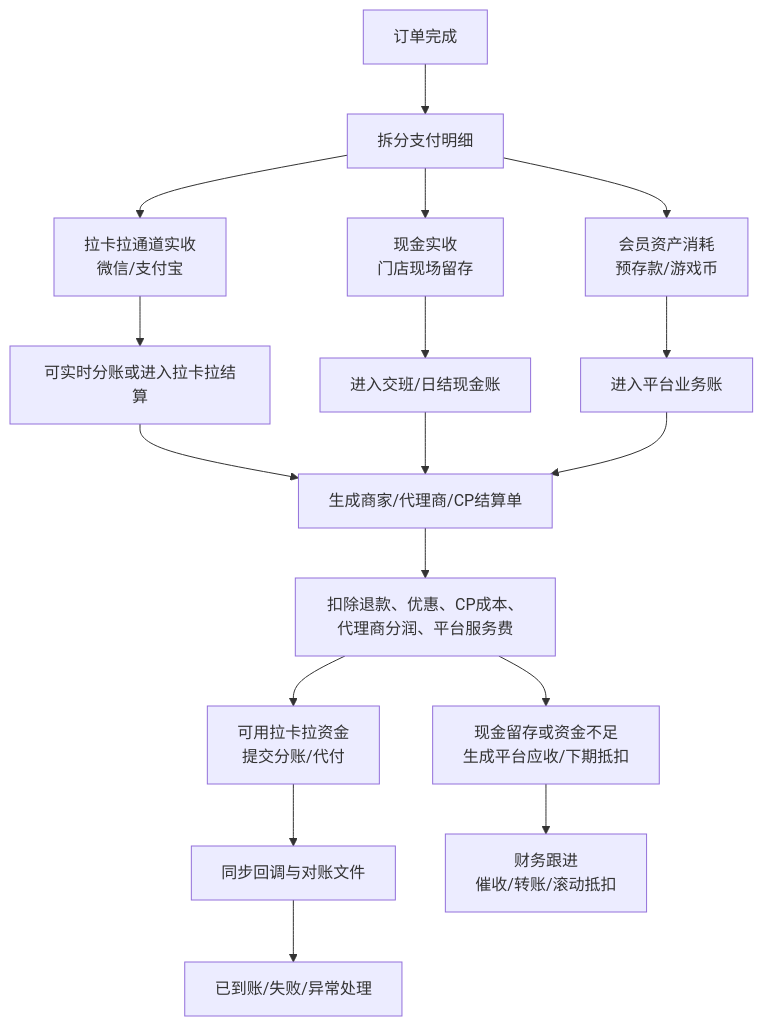
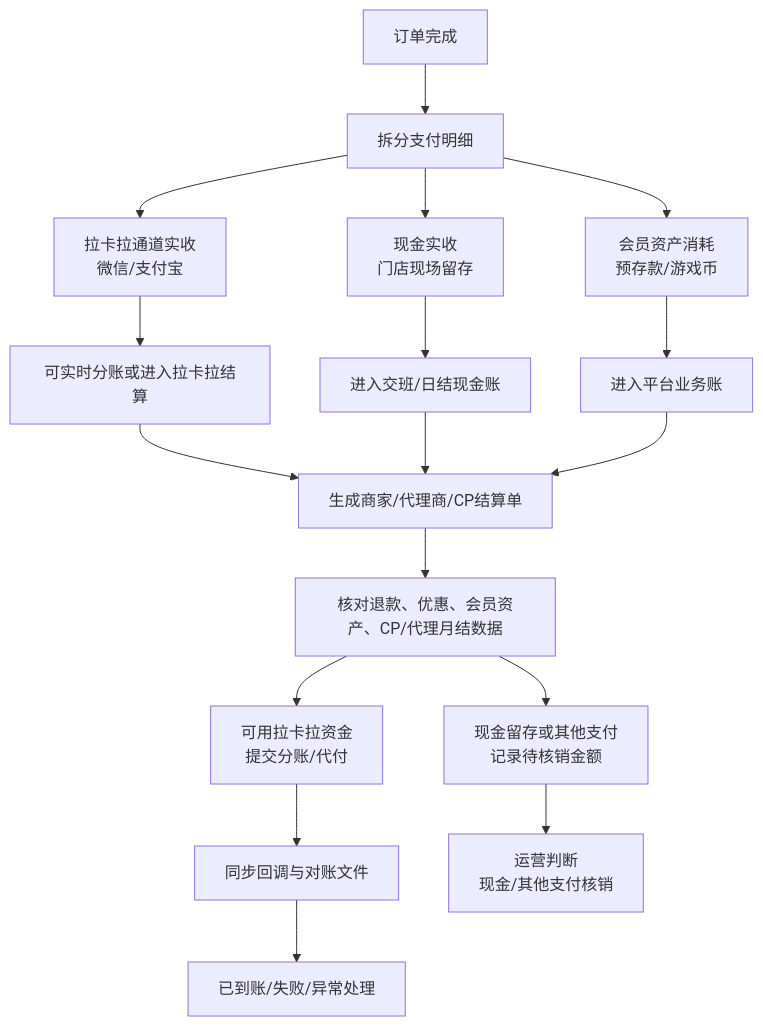
The seventh of 7 diagrams in docs/头号空间-产品需求文档-PRD-v1.3.md (andy685/VRtouhaokongjian), drawn with Mermaid before and after one commit. The commit also changed other lines of this file and 36 other files, not shown here.

````diff
--- a/docs/头号空间-产品需求文档-PRD-v1.3.md
+++ b/docs/头号空间-产品需求文档-PRD-v1.3.md
@@ -2388,17 +2349,17 @@
 ```mermaid
 flowchart TB
     A["订单完成"] --> B["拆分支付明细"]
     B --> C1["拉卡拉通道实收<br/>微信/支付宝"]
     B --> C2["现金实收<br/>门店现场留存"]
     B --> C3["会员资产消耗<br/>预存款/游戏币"]
     C1 --> D1["可实时分账或进入拉卡拉结算"]
     C2 --> D2["进入交班/日结现金账"]
     C3 --> D3["进入平台业务账"]
     D1 & D2 & D3 --> E["生成商家/代理商/CP结算单"]
-    E --> F["扣除退款、优惠、CP成本、代理商分润、平台服务费"]
+    E --> F["核对退款、优惠、会员资产、CP/代理月结数据"]
     F --> G1["可用拉卡拉资金<br/>提交分账/代付"]
-    F --> G2["现金留存或资金不足<br/>生成平台应收/下期抵扣"]
+    F --> G2["现金留存或其他支付<br/>记录待核销金额"]
     G1 --> H["同步回调与对账文件"]
-    G2 --> I["财务跟进<br/>催收/转账/滚动抵扣"]
+    G2 --> I["运营判断<br/>现金/其他支付核销"]
     H --> J["已到账/失败/异常处理"]
 ```
````
